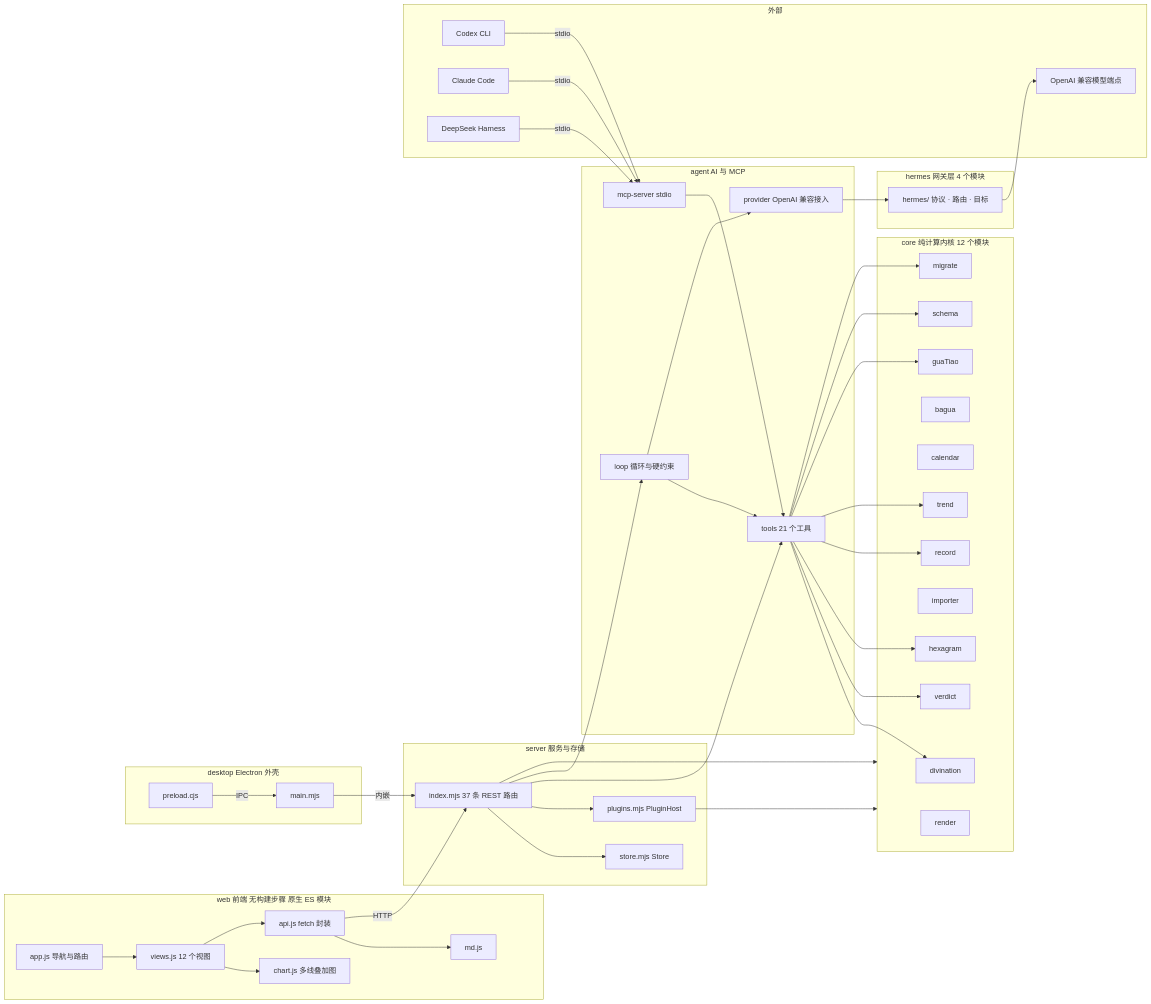
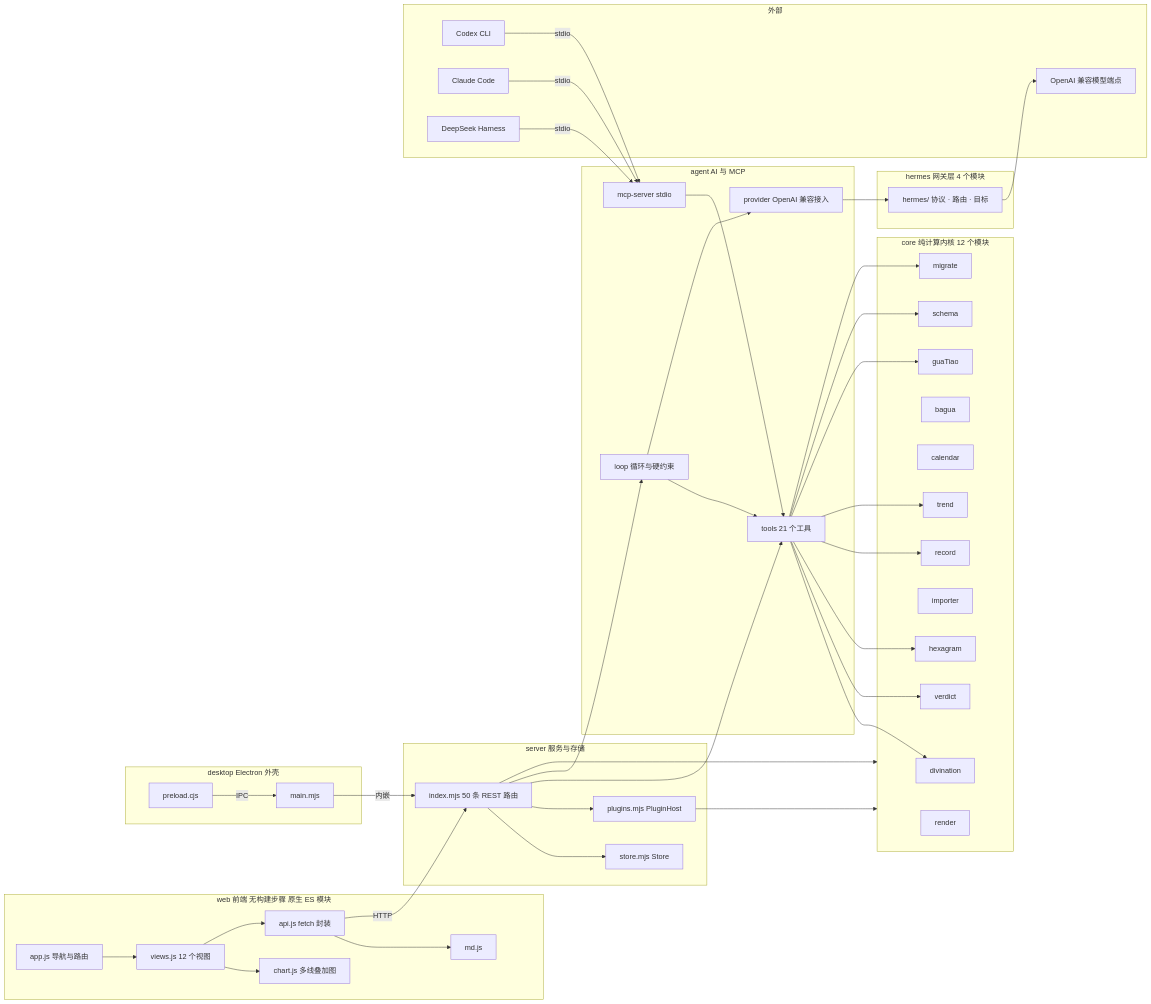
Before and after one commit to 123twtd/vibe-wenxingua: the second of 14 diagrams in docs/02-架构与框图.md, drawn with Mermaid. The commit also changed other lines of this file and 51 other files, not shown here.

````diff
--- a/docs/02-架构与框图.md
+++ b/docs/02-架构与框图.md
@@ -119,78 +119,78 @@
 ```mermaid
 graph LR
     subgraph FE["web 前端 无构建步骤 原生 ES 模块"]
         F1["app.js 导航与路由"]
         F2["views.js 12 个视图"]
         F3["chart.js 多线叠加图"]
         F4["api.js fetch 封装"]
         F5["md.js"]
     end
     subgraph SV["server 服务与存储"]
-        V1["index.mjs 37 条 REST 路由"]
+        V1["index.mjs 50 条 REST 路由"]
         V2["store.mjs Store"]
         V3["plugins.mjs PluginHost"]
     end
     subgraph CO["core 纯计算内核 12 个模块"]
         C1["divination"]
         C2["verdict"]
         C3["hexagram"]
         C4["bagua"]
         C5["calendar"]
         C6["record"]
         C7["trend"]
         C8["importer"]
         C9["guaTiao"]
         C10["schema"]
         C11["migrate"]
         C12["render"]
     end
     subgraph AG["agent AI 与 MCP"]
         A1["tools 21 个工具"]
         A2["loop 循环与硬约束"]
         A3["provider OpenAI 兼容接入"]
         A4["mcp-server stdio"]
     end
     subgraph HE["hermes 网关层 4 个模块"]
         H1["hermes/ 协议 · 路由 · 目标"]
     end
     subgraph DE["desktop Electron 外壳"]
         D1["main.mjs"]
         D2["preload.cjs"]
     end
     subgraph EX["外部"]
         X1["Codex CLI"]
         X2["Claude Code"]
         X3["DeepSeek Harness"]
         X4["OpenAI 兼容模型端点"]
     end
 
     F1 --> F2
     F2 --> F3
     F2 --> F4
     F4 --> F5
     F4 -->|"HTTP"| V1
     D2 -->|"IPC"| D1
     D1 -->|"内嵌"| V1
     V1 --> V2
     V1 --> V3
     V1 --> A1
     V1 --> A2
     V1 --> CO
     V3 --> CO
     A1 --> C1
     A1 --> C2
     A1 --> C3
     A1 --> C6
     A1 --> C7
     A1 --> C9
     A1 --> C10
     A1 --> C11
     A2 --> A1
     A2 --> A3
     A3 --> H1
     H1 --> X4
     A4 --> A1
     X1 -->|"stdio"| A4
     X2 -->|"stdio"| A4
     X3 -->|"stdio"| A4
 ```
````
